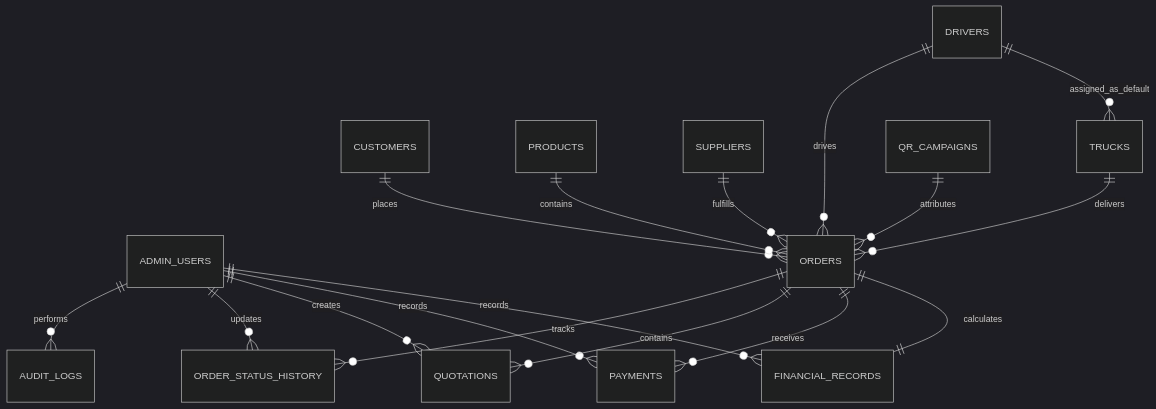
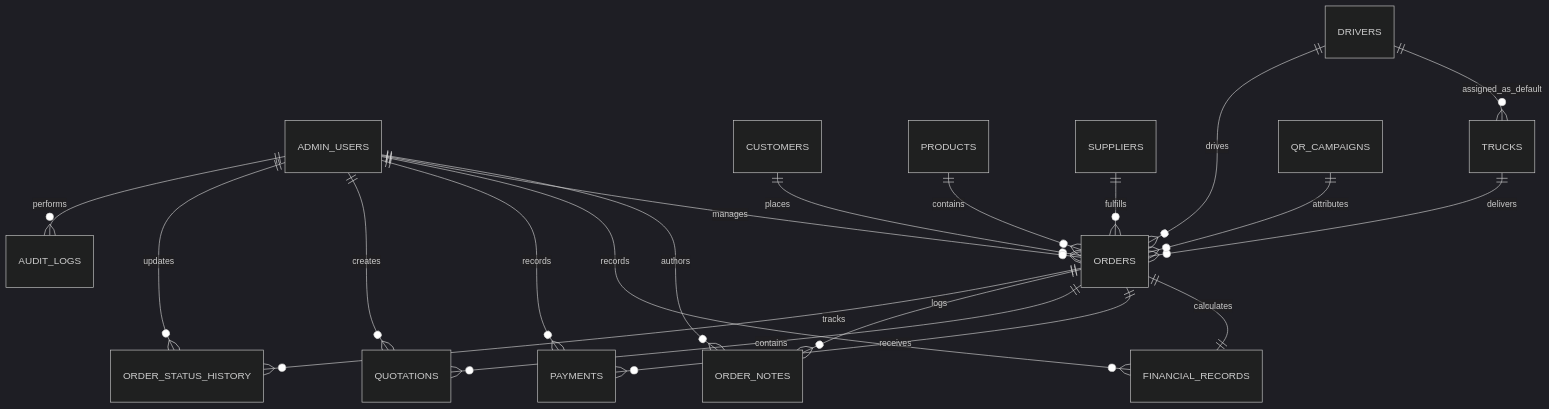
One commit to ishwaribhoyar/business changed the diagram in docs/database.md. Above: the diagram before and after it, drawn with Mermaid (dark theme). The commit also changed other lines of this file and 38 other files, not shown here.

````diff
--- a/docs/database.md
+++ b/docs/database.md
@@ -16,21 +16,25 @@
 ```mermaid
 erDiagram
     ADMIN_USERS ||--o{ AUDIT_LOGS : performs
     ADMIN_USERS ||--o{ ORDER_STATUS_HISTORY : updates
     ADMIN_USERS ||--o{ QUOTATIONS : creates
     ADMIN_USERS ||--o{ PAYMENTS : records
     ADMIN_USERS ||--o{ FINANCIAL_RECORDS : records
 
     CUSTOMERS ||--o{ ORDERS : places
     PRODUCTS ||--o{ ORDERS : contains
     SUPPLIERS ||--o{ ORDERS : fulfills
     TRUCKS ||--o{ ORDERS : delivers
     DRIVERS ||--o{ ORDERS : drives
     DRIVERS ||--o{ TRUCKS : assigned_as_default
     QR_CAMPAIGNS ||--o{ ORDERS : attributes
 
+    ADMIN_USERS ||--o{ ORDERS : manages
+    ADMIN_USERS ||--o{ ORDER_NOTES : authors
+
     ORDERS ||--o{ ORDER_STATUS_HISTORY : tracks
+    ORDERS ||--o{ ORDER_NOTES : logs
     ORDERS ||--o{ QUOTATIONS : contains
     ORDERS ||--o{ PAYMENTS : receives
     ORDERS ||--|| FINANCIAL_RECORDS : calculates
 ```
````
